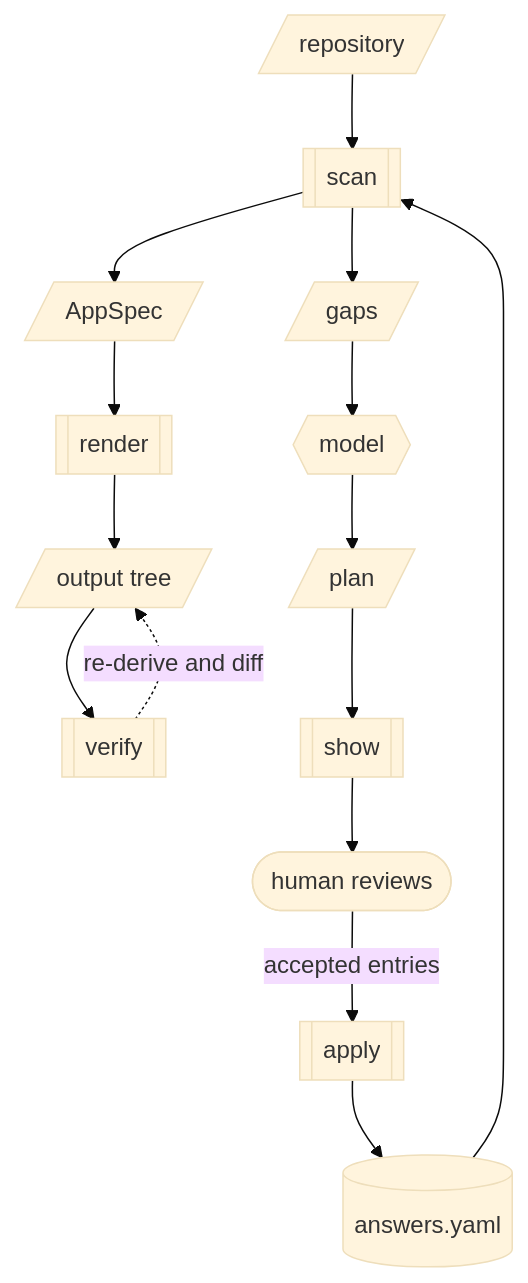
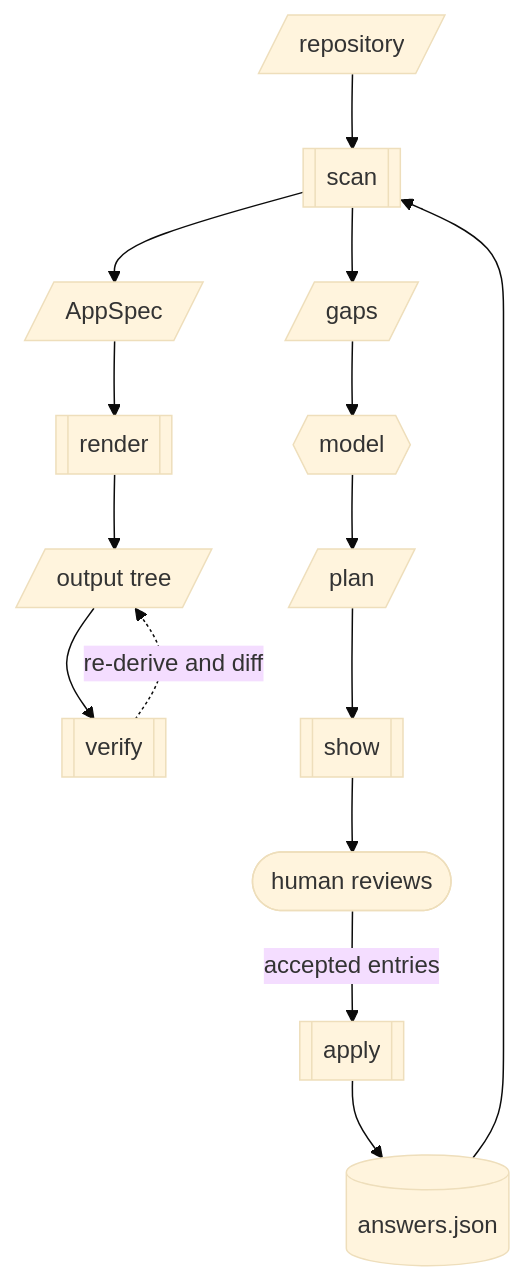
Before and after one commit to devopsgenie-ai/offramp: the diagram in rfcs/0001-architecture.md, drawn with Mermaid (base theme). The commit also changed other lines of this file and 4 other files, not shown here.

````diff
--- a/rfcs/0001-architecture.md
+++ b/rfcs/0001-architecture.md
@@ -62,17 +62,17 @@
 ```mermaid
 flowchart TD
     repo[/"repository"/] --> scan[["scan"]]
-    answers[("answers.yaml")] --> scan
+    answers[("answers.json")] --> scan
     scan --> spec[/"AppSpec"/]
     scan --> gaps[/"gaps"/]
     spec --> render[["render"]]
     render --> tree[/"output tree"/]
     tree --> verify[["verify"]]
     verify -.->|"re-derive and diff"| tree
     gaps --> model{{"model"}}
     model --> plan[/"plan"/]
     plan --> show[["show"]]
     show --> human(["human reviews"])
     human -->|"accepted entries"| apply[["apply"]]
     apply --> answers
 ```
````
